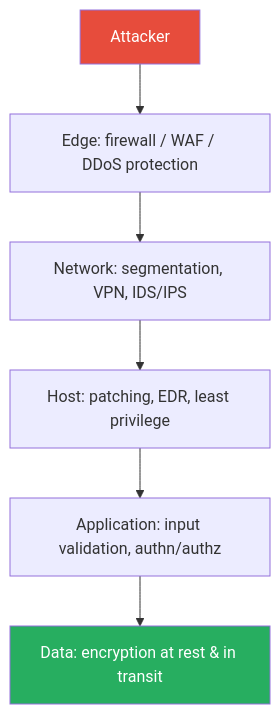
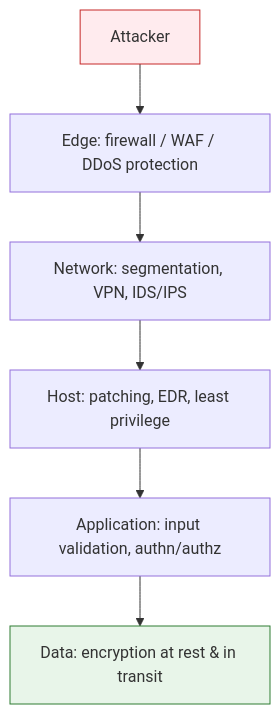
The diagram in github-pages/docs/technology/cybersecurity.md (AndrewAltimit/Documentation), drawn with Mermaid before and after one commit. The commit also changed 28 other files, not shown here.

````diff
--- a/github-pages/docs/technology/cybersecurity.md
+++ b/github-pages/docs/technology/cybersecurity.md
@@ -285,10 +285,10 @@
 ```mermaid
 flowchart TD
     A["Attacker"] --> E["Edge: firewall / WAF / DDoS protection"]
     E --> N["Network: segmentation, VPN, IDS/IPS"]
     N --> H["Host: patching, EDR, least privilege"]
     H --> APP["Application: input validation, authn/authz"]
     APP --> D["Data: encryption at rest & in transit"]
-    style A fill:#e74c3c,color:#fff
-    style D fill:#27ae60,color:#fff
+    style A fill:#ffebee,stroke:#c62828
+    style D fill:#e8f5e9,stroke:#2e7d32
 ```
````
